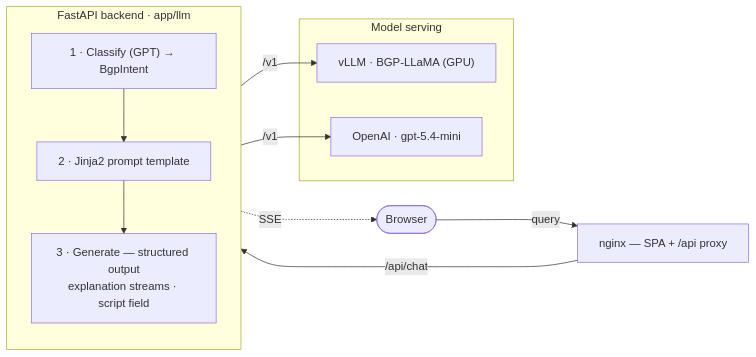
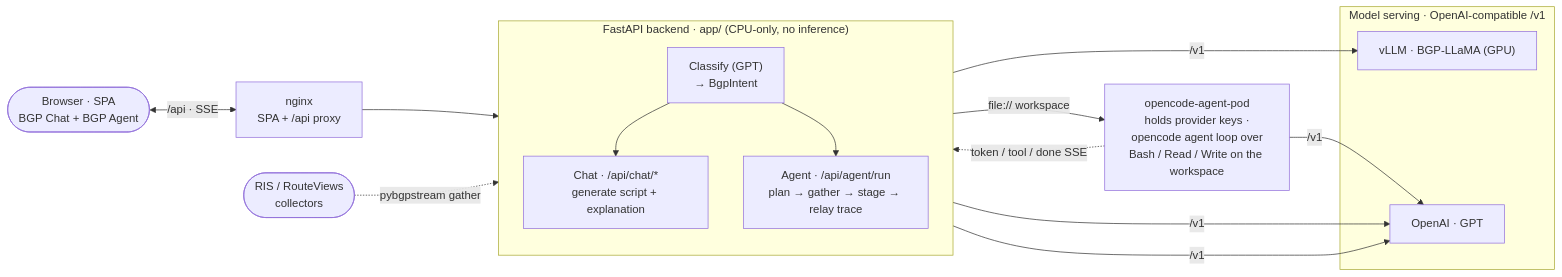
The diagram in README.md (hyonbokan/BGP-LLaMA-webservice), drawn with Mermaid before and after one commit. The commit also changed other lines of this file and 33 other files, not shown here.

Commit message:
feat: add autonomous bgp analysis agent

````diff
--- a/README.md
+++ b/README.md
@@ -32,24 +44,33 @@
 ```mermaid
 flowchart LR
-    Browser(["Browser"])
-    nginx["nginx — SPA + /api proxy"]
+    Browser(["Browser · SPA<br/>BGP Chat + BGP Agent"])
+    nginx["nginx<br/>SPA + /api proxy"]
 
-    subgraph backend["FastAPI backend · app/llm"]
+    subgraph backend["FastAPI backend · app/ (CPU-only, no inference)"]
         direction TB
-        classify["1 · Classify (GPT) → BgpIntent"]
-        prompt["2 · Jinja2 prompt template"]
-        generate["3 · Generate — structured output<br/>explanation streams · script field"]
-        classify --> prompt --> generate
+        classify["Classify (GPT)<br/>→ BgpIntent"]
+        chat["Chat · /api/chat/*<br/>generate script + explanation"]
+        agent["Agent · /api/agent/run<br/>plan → gather → stage → relay trace"]
+        classify --> chat
+        classify --> agent
     end
 
-    subgraph models["Model serving"]
+    subgraph models["Model serving · OpenAI-compatible /v1"]
         vllm["vLLM · BGP-LLaMA (GPU)"]
-        openai["OpenAI · gpt-5.4-mini"]
+        openai["OpenAI · GPT"]
     end
 
-    Browser -->|query| nginx
-    nginx -->|/api/chat| classify
-    generate -->|/v1| vllm
-    generate -->|/v1| openai
-    generate -. SSE .-> Browser
+    pod["opencode-agent-pod<br/>holds provider keys ·<br/>opencode agent loop over<br/>Bash / Read / Write on the workspace"]
+    ris(["RIS / RouteViews<br/>collectors"])
+
+    Browser <-->|"/api · SSE"| nginx
+    nginx --> classify
+    classify -->|/v1| openai
+    chat -->|/v1| vllm
+    chat -->|/v1| openai
+
+    ris -.->|"pybgpstream gather"| agent
+    agent -->|"file:// workspace"| pod
+    pod -.->|"token / tool / done SSE"| agent
+    pod -->|/v1| openai
 ```
````
